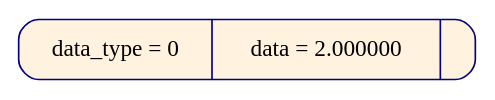
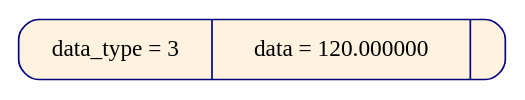
The diagram in diff_tree/gr_dump/diff_tree_11.dot (pupach/diff_tree), drawn with Graphviz before and after one commit. The commit also changed 66 other files, not shown here.

```diff
--- a/diff_tree/gr_dump/diff_tree_11.dot
+++ b/diff_tree/gr_dump/diff_tree_11.dot
@@ -1,5 +1,5 @@
 digraph
 {
 node [shape = Mrecord, color  = "navy", style = "filled"];
-node0x622000000218[label = " data_type = 0 | data = 2.000000 | ", fillcolor = "#fff3e0", rank = 0];
+node0x6250000029a8[label = " data_type = 3 | data = 120.000000 | ", fillcolor = "#fff3e0", rank = 0];
 }
```
